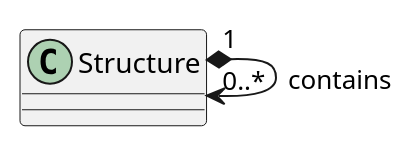
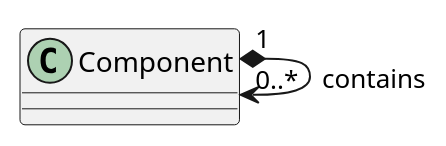
One commit to poesis-cloud/sis-blackboard-manager changed the first of 2 diagrams in README.md. Above: the diagram before and after it, drawn with PlantUML. The commit also changed other lines of this file, not shown here.

````diff
--- a/README.md
+++ b/README.md
@@ -385,3 +370,3 @@
 ```plantuml
-Structure "1" *--> "0..*" Structure : contains
+Component "1" *--> "0..*" Component : contains
 ```
````
